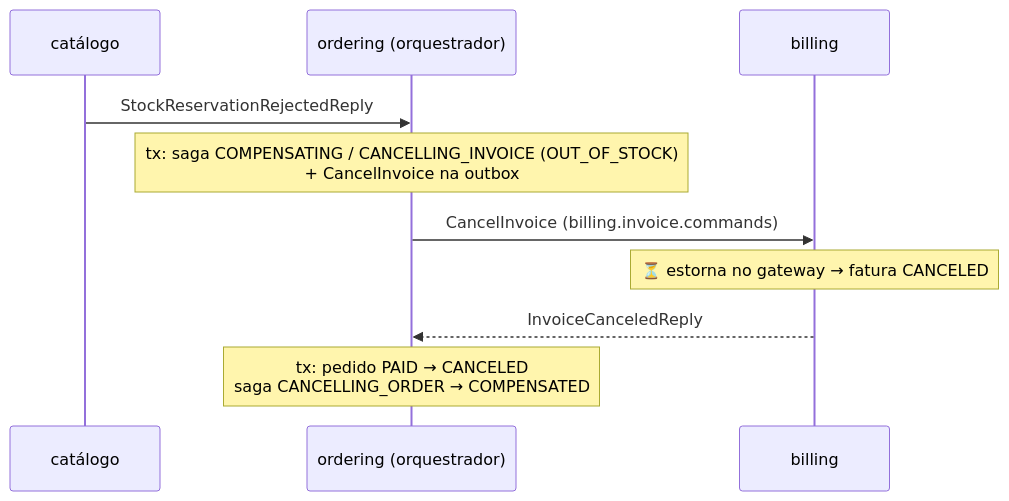
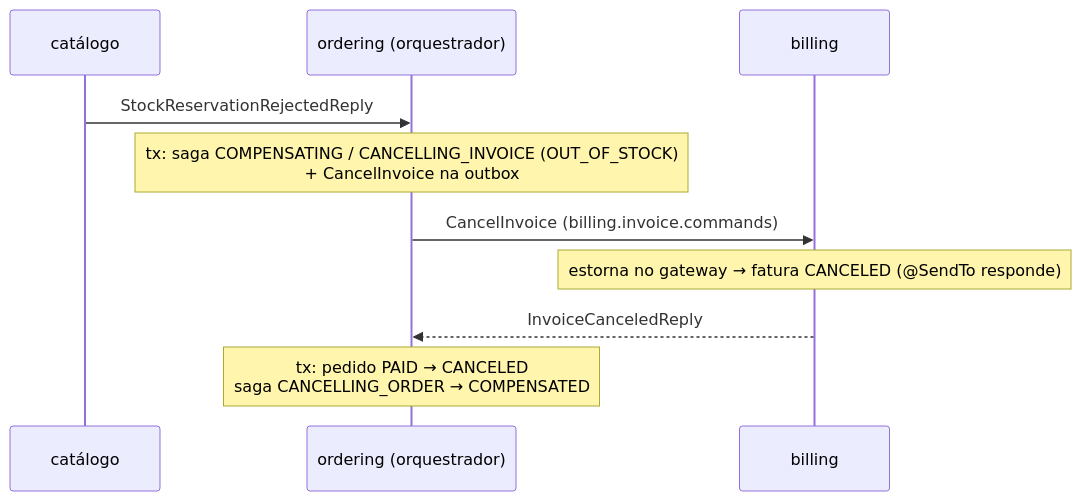
Diagram 22 of 23 in 06-mensageria/saga-orquestrada.md (gabriel-lima258/algashop-docs), drawn with Mermaid before and after one commit. The commit also changed other lines of this file and 2 other files, not shown here.

Commit message:
feature: billing estorna a fatura pelo comando de cancelamento e responde com SendTo

````diff
--- a/06-mensageria/saga-orquestrada.md
+++ b/06-mensageria/saga-orquestrada.md
@@ -1308,12 +1308,12 @@
 ```mermaid
 sequenceDiagram
     participant C as catálogo
     participant O as ordering (orquestrador)
     participant B as billing
     C->>O: StockReservationRejectedReply
     Note over O: tx: saga COMPENSATING / CANCELLING_INVOICE (OUT_OF_STOCK)<br/>+ CancelInvoice na outbox
     O->>B: CancelInvoice (billing.invoice.commands)
-    Note over B: ⏳ estorna no gateway → fatura CANCELED
+    Note over B: estorna no gateway → fatura CANCELED (@SendTo responde)
     B-->>O: InvoiceCanceledReply
     Note over O: tx: pedido PAID → CANCELED<br/>saga CANCELLING_ORDER → COMPENSATED
 ```
````
